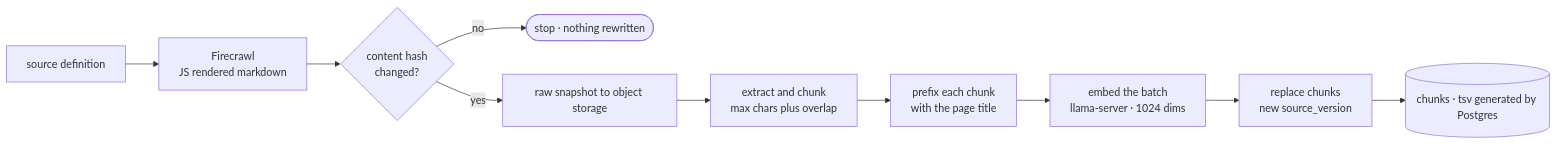
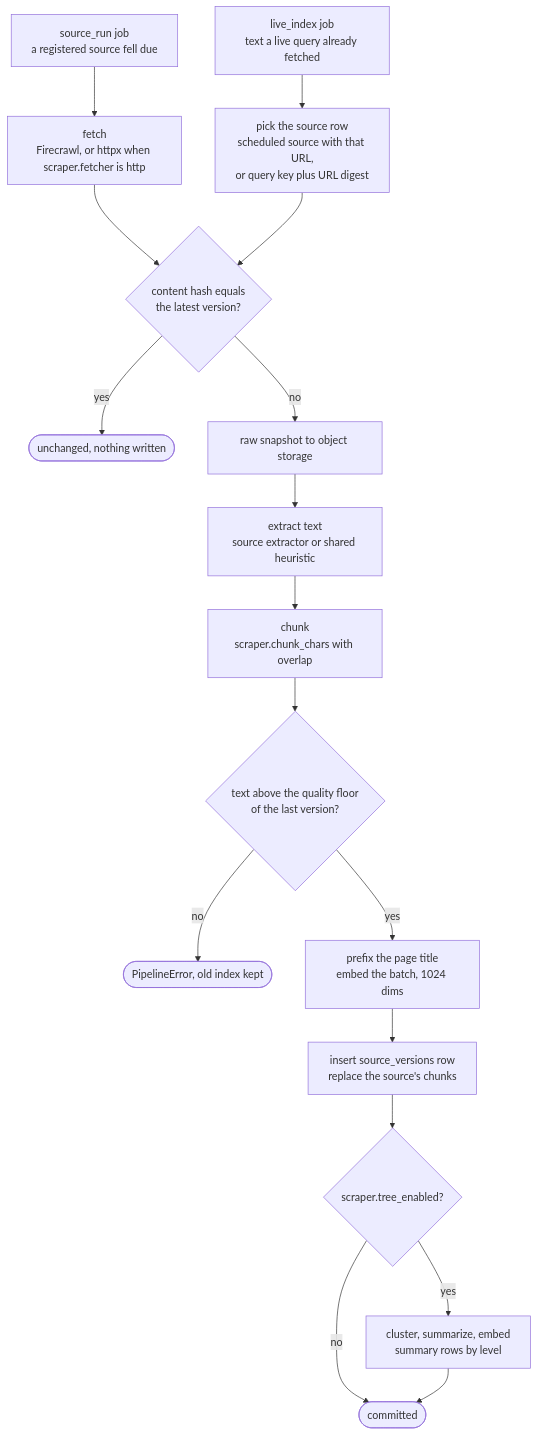
Before and after one commit to ashworks1706/SparkyAI: the fifth of 10 diagrams in docs/ARCHITECTURE.md, drawn with Mermaid. The commit also changed other lines of this file and 180 other files, not shown here.

````diff
--- a/docs/ARCHITECTURE.md
+++ b/docs/ARCHITECTURE.md
@@ -371,12 +441,19 @@
 ```mermaid
-flowchart LR
-    SRC["source definition"] --> FETCH["Firecrawl<br/>JS rendered markdown"]
-    FETCH --> HASH{"content hash<br/>changed?"}
-    HASH -->|no| SKIP(["stop · nothing rewritten"])
-    HASH -->|yes| SNAP["raw snapshot to object storage"]
-    SNAP --> CHUNK["extract and chunk<br/>max chars plus overlap"]
-    CHUNK --> TITLE["prefix each chunk<br/>with the page title"]
-    TITLE --> EMB["embed the batch<br/>llama-server · 1024 dims"]
-    EMB --> WRITE["replace chunks<br/>new source_version"]
-    WRITE --> PG[("chunks · tsv generated by Postgres")]
+flowchart TD
+    RUN["source_run job<br/>a registered source fell due"] --> FETCH["fetch<br/>Firecrawl, or httpx when scraper.fetcher is http"]
+    LIVE["live_index job<br/>text a live query already fetched"] --> PAGE["pick the source row<br/>scheduled source with that URL,<br/>or query key plus URL digest"]
+    FETCH --> HASH{"content hash equals<br/>the latest version?"}
+    PAGE --> HASH
+    HASH -->|yes| SKIP(["unchanged, nothing written"])
+    HASH -->|no| SNAP["raw snapshot to object storage"]
+    SNAP --> EXTRACT["extract text<br/>source extractor or shared heuristic"]
+    EXTRACT --> CHUNK["chunk<br/>scraper.chunk_chars with overlap"]
+    CHUNK --> FLOOR{"text above the quality floor<br/>of the last version?"}
+    FLOOR -->|no| REFUSE(["PipelineError, old index kept"])
+    FLOOR -->|yes| EMBED["prefix the page title<br/>embed the batch, 1024 dims"]
+    EMBED --> WRITE["insert source_versions row<br/>replace the source's chunks"]
+    WRITE --> TREE{"scraper.tree_enabled?"}
+    TREE -->|no| DONE(["committed"])
+    TREE -->|yes| SUM["cluster, summarize, embed<br/>summary rows by level"]
+    SUM --> DONE
 ```
````
